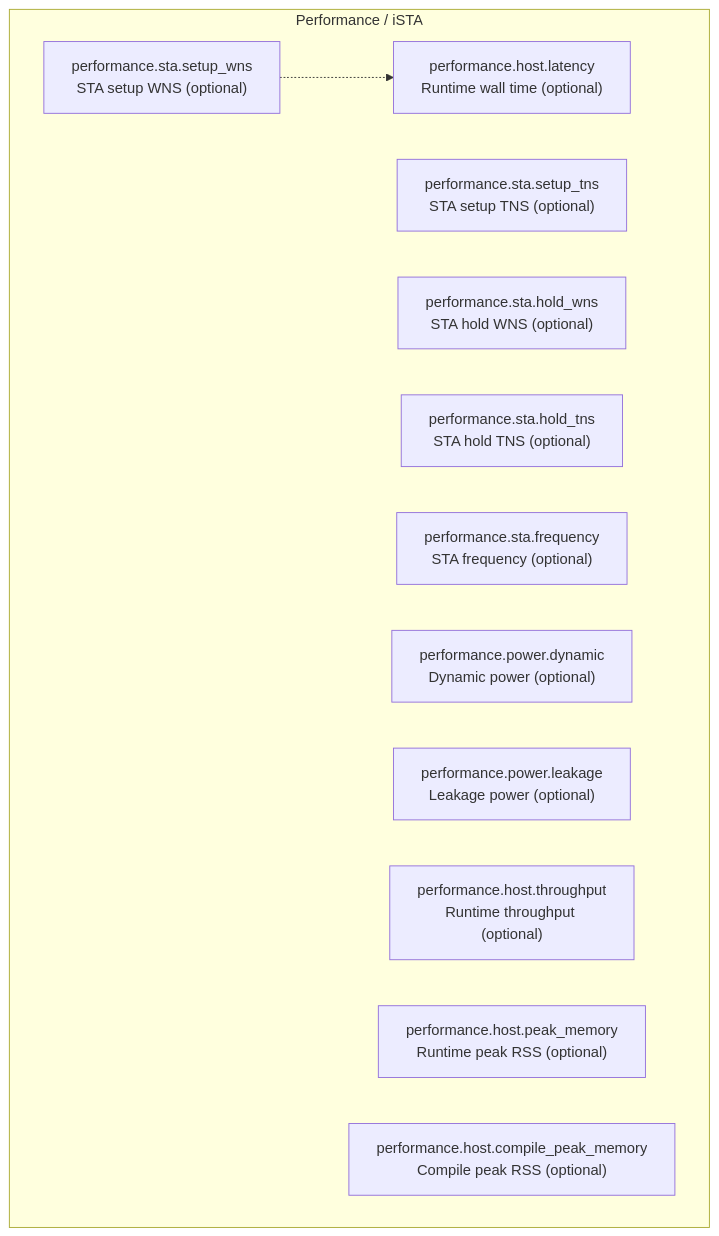
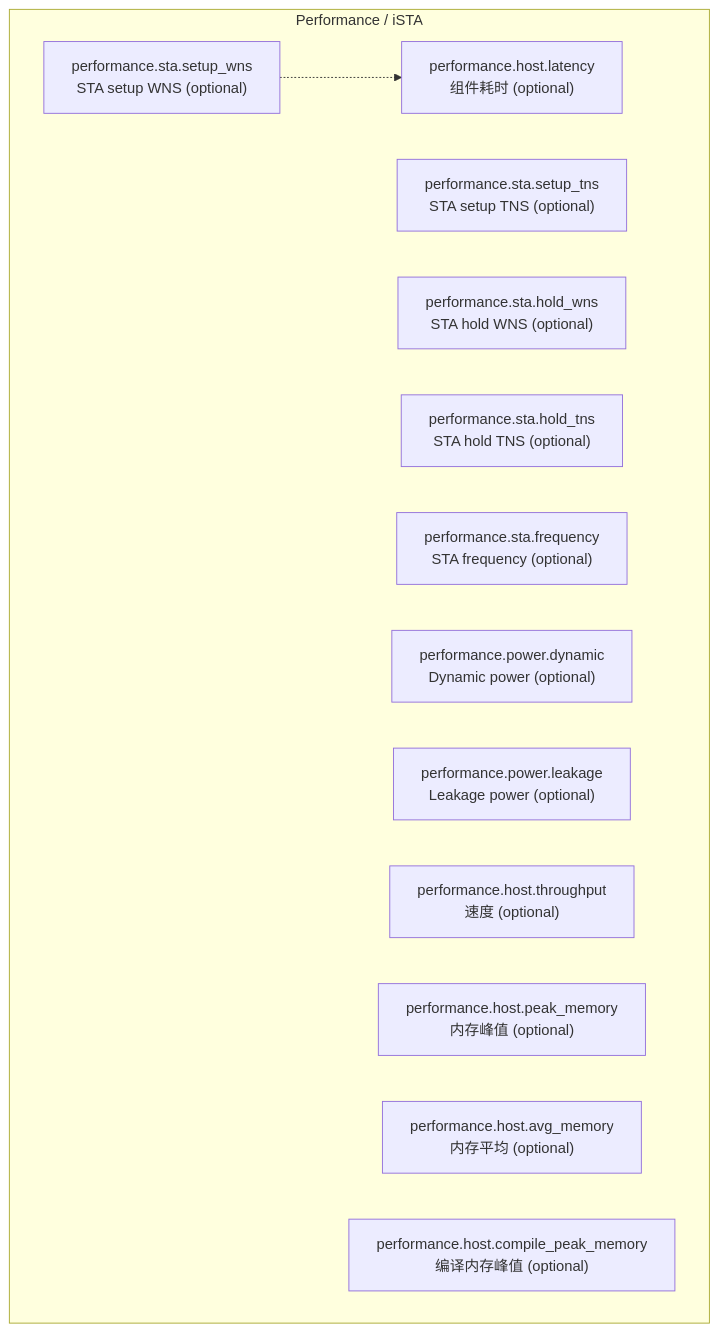
Before and after one commit to openecos-projects/ecc: the fifth of 58 diagrams in .github/signoff-board/signoff-kanban.md, drawn with Mermaid. The commit also changed other lines of this file and 1 other file, not shown here.

Commit message:
feat(signoff): avg memory slot; host titles 组件耗时/速度/内存峰值/平均

````diff
--- a/.github/signoff-board/signoff-kanban.md
+++ b/.github/signoff-board/signoff-kanban.md
@@ -222,17 +224,18 @@
 ```mermaid
 flowchart TB
   subgraph cat_performance["Performance / iSTA"]
     performance_sta_setup_wns["performance.sta.setup_wns<br/>STA setup WNS (optional)"]
     performance_sta_setup_tns["performance.sta.setup_tns<br/>STA setup TNS (optional)"]
     performance_sta_hold_wns["performance.sta.hold_wns<br/>STA hold WNS (optional)"]
     performance_sta_hold_tns["performance.sta.hold_tns<br/>STA hold TNS (optional)"]
     performance_sta_frequency["performance.sta.frequency<br/>STA frequency (optional)"]
     performance_power_dynamic["performance.power.dynamic<br/>Dynamic power (optional)"]
     performance_power_leakage["performance.power.leakage<br/>Leakage power (optional)"]
-    performance_host_latency["performance.host.latency<br/>Runtime wall time (optional)"]
-    performance_host_throughput["performance.host.throughput<br/>Runtime throughput (optional)"]
-    performance_host_peak_memory["performance.host.peak_memory<br/>Runtime peak RSS (optional)"]
-    performance_host_compile_peak_memory["performance.host.compile_peak_memory<br/>Compile peak RSS (optional)"]
+    performance_host_latency["performance.host.latency<br/>组件耗时 (optional)"]
+    performance_host_throughput["performance.host.throughput<br/>速度 (optional)"]
+    performance_host_peak_memory["performance.host.peak_memory<br/>内存峰值 (optional)"]
+    performance_host_avg_memory["performance.host.avg_memory<br/>内存平均 (optional)"]
+    performance_host_compile_peak_memory["performance.host.compile_peak_memory<br/>编译内存峰值 (optional)"]
   end
   performance_sta_setup_wns -.-> performance_host_latency
 ```
````
